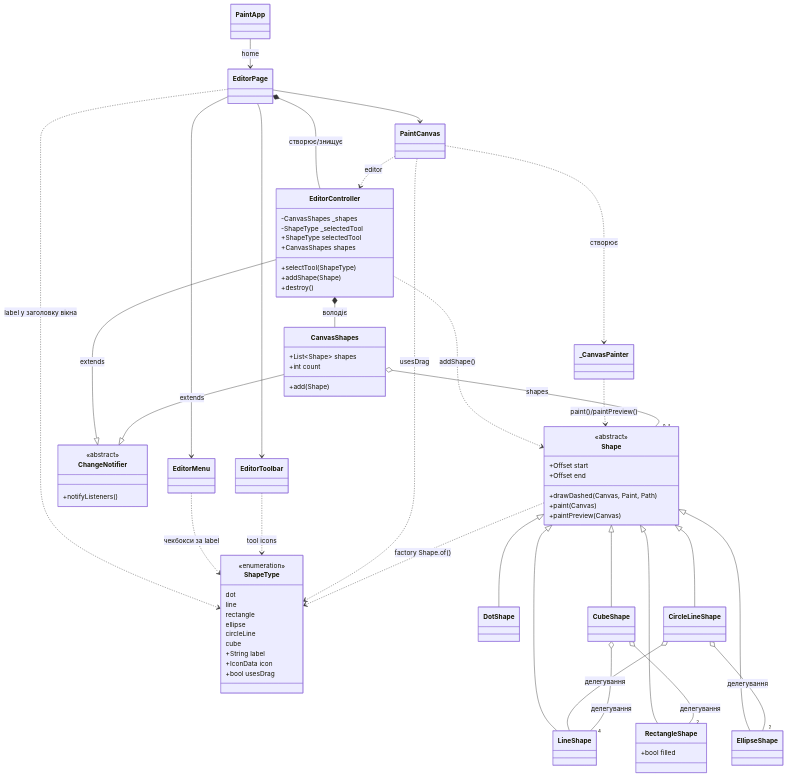
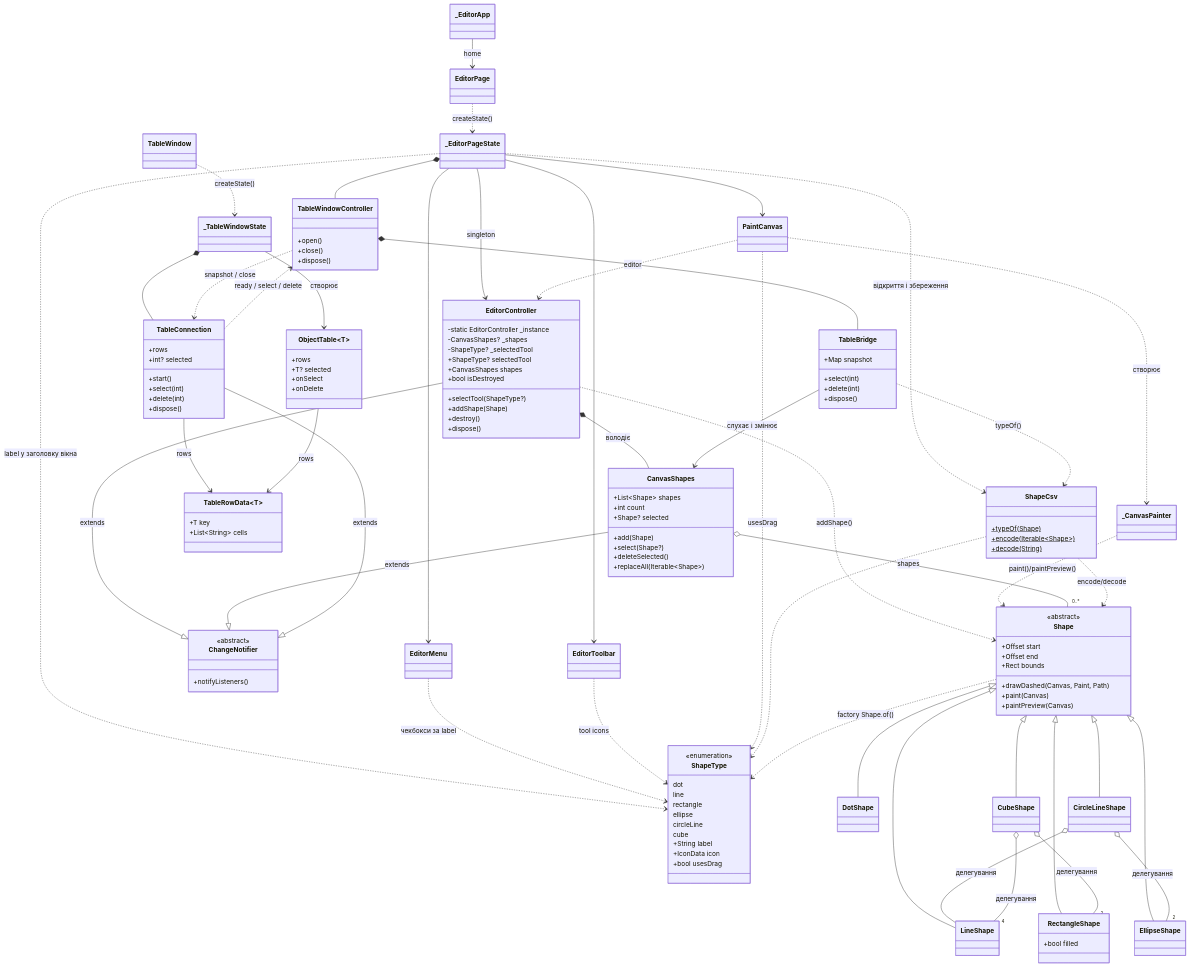
Before and after one commit to tevarindol/paint: the diagram in README.md, drawn with Mermaid. The commit also changed other lines of this file and 33 other files, not shown here.

First line of the commit message:
feat: add multi-window object table and CSV persistence (#2)

```diff
--- a/README.md
+++ b/README.md
@@ -33,23 +37,65 @@
         <<abstract>>
         +Offset start
         +Offset end
+        +Rect bounds
         +drawDashed(Canvas, Paint, Path)
         +paint(Canvas)
         +paintPreview(Canvas)
     }
     class EditorController {
-        -CanvasShapes _shapes
-        -ShapeType _selectedTool
-        +ShapeType selectedTool
+        -static EditorController _instance
+        -CanvasShapes? _shapes
+        -ShapeType? _selectedTool
+        +ShapeType? selectedTool
         +CanvasShapes shapes
-        +selectTool(ShapeType)
+        +bool isDestroyed
+        +selectTool(ShapeType?)
         +addShape(Shape)
         +destroy()
+        +dispose()
     }
     class CanvasShapes {
         +List~Shape~ shapes
         +int count
+        +Shape? selected
         +add(Shape)
+        +select(Shape?)
+        +deleteSelected()
+        +replaceAll(Iterable~Shape~)
+    }
+    class ShapeCsv {
+        +typeOf(Shape)$
+        +encode(Iterable~Shape~)$
+        +decode(String)$
+    }
+    class TableWindowController {
+        +open()
+        +close()
+        +dispose()
+    }
+    class TableBridge {
+        +Map snapshot
+        +select(int)
+        +delete(int)
+        +dispose()
+    }
+    class TableConnection {
+        +rows
+        +int? selected
+        +start()
+        +select(int)
+        +delete(int)
+        +dispose()
+    }
+    class TableRowData~T~ {
+        +T key
+        +List~String~ cells
+    }
+    class ObjectTable~T~ {
+        +rows
+        +T? selected
+        +onSelect
+        +onDelete
     }
     class ChangeNotifier {
         <<abstract>>
@@ -66,19 +112,25 @@
     class PaintCanvas
     class _CanvasPainter
     class EditorPage
+    class _EditorPageState
     class EditorMenu
     class EditorToolbar
-    class PaintApp
+    class _EditorApp
+    class TableWindow
+    class _TableWindowState
 
-    PaintApp --> EditorPage : home
-    EditorPage *-- EditorController : створює/знищує
+    _EditorApp --> EditorPage : home
+    EditorPage ..> _EditorPageState : createState()
+    _EditorPageState --> EditorController : singleton
+    _EditorPageState *-- TableWindowController
+    _EditorPageState ..> ShapeCsv : відкриття і збереження
     EditorController --|> ChangeNotifier : extends
     EditorController *-- CanvasShapes : володіє
     EditorController ..> Shape : addShape()
-    EditorPage ..> ShapeType : label у заголовку вікна
-    EditorPage --> EditorMenu
-    EditorPage --> EditorToolbar
-    EditorPage --> PaintCanvas
+    _EditorPageState ..> ShapeType : label у заголовку вікна
+    _EditorPageState --> EditorMenu
+    _EditorPageState --> EditorToolbar
+    _EditorPageState --> PaintCanvas
     EditorMenu ..> ShapeType : чекбокси за label
     EditorToolbar ..> ShapeType : tool icons
     PaintCanvas ..> EditorController : editor
@@ -87,6 +139,19 @@
     _CanvasPainter ..> Shape : paint()/paintPreview()
     CanvasShapes --|> ChangeNotifier : extends
     CanvasShapes o-- "0..*" Shape : shapes
+    TableWindowController *-- TableBridge
+    TableBridge --> CanvasShapes : слухає і змінює
+    TableBridge ..> ShapeCsv : typeOf()
+    ShapeCsv ..> Shape : encode/decode
+    ShapeCsv ..> ShapeType
+    TableWindow ..> _TableWindowState : createState()
+    _TableWindowState *-- TableConnection
+    _TableWindowState --> ObjectTable : створює
+    TableConnection --|> ChangeNotifier : extends
+    TableConnection --> TableRowData : rows
+    ObjectTable --> TableRowData : rows
+    TableWindowController ..> TableConnection : snapshot / close
+    TableConnection ..> TableWindowController : ready / select / delete
     Shape ..> ShapeType : factory Shape.of()
     Shape <|-- DotShape
     Shape <|-- LineShape
```
